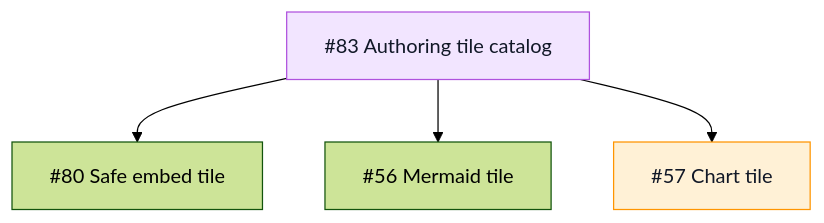
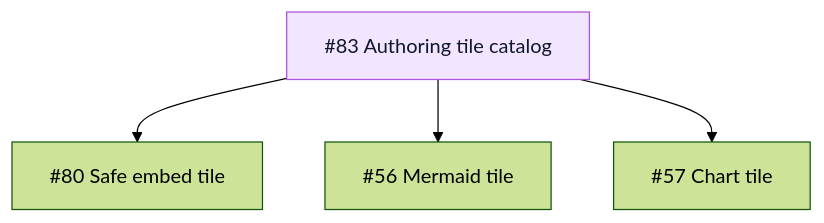
Before and after one commit to TileDown/tile-down: the sixth of 9 diagrams in README.md, drawn with Mermaid (forest theme). The commit also changed 19 other files, not shown here.

Commit message:
feat(tile): add static chart tile

````diff
--- a/README.md
+++ b/README.md
@@ -129,10 +129,10 @@
 ```mermaid
 flowchart TD
   Epic["#83 Authoring tile catalog"]:::epic
   Epic --> Embed["#80 Safe embed tile"]:::review
   Epic --> Mermaid["#56 Mermaid tile"]:::review
-  Epic --> Charts["#57 Chart tile"]:::todo
+  Epic --> Charts["#57 Chart tile"]:::active
 
   classDef epic fill:#f2e5ff,stroke:#af52de,color:#111827
   classDef todo fill:#fff1d6,stroke:#ff9500,color:#111827
 ```
````
